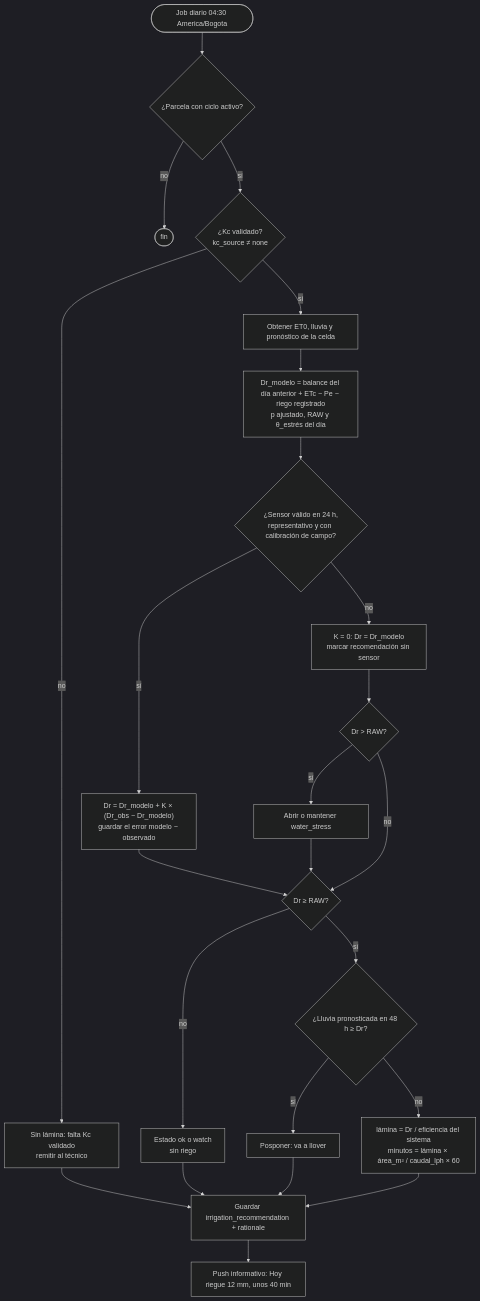
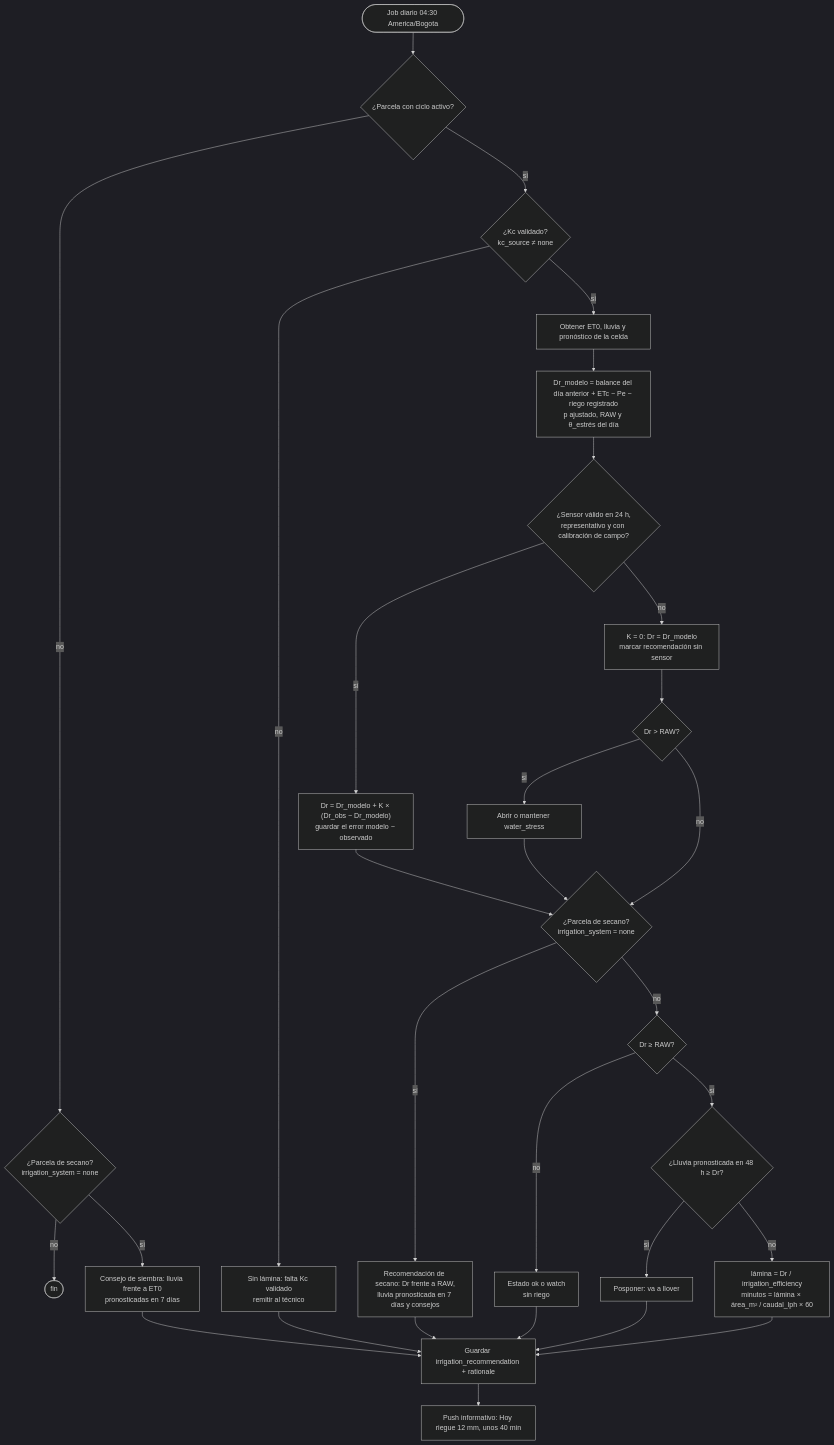
The fifth of 9 diagrams in docs/06-diseno-detallado.md (jab16jy/techcamp-v2), drawn with Mermaid (dark theme) before and after one commit. The commit also changed other lines of this file and 13 other files, not shown here.

````diff
--- a/docs/06-diseno-detallado.md
+++ b/docs/06-diseno-detallado.md
@@ -190,26 +190,32 @@
 ```mermaid
 flowchart TD
   start([Job diario 04:30 America/Bogota]) --> cyc{¿Parcela con ciclo activo?}
-  cyc -- no --> fin([fin])
+  cyc -- no --> pre{¿Parcela de secano?<br/>irrigation_system = none}
+  pre -- no --> fin([fin])
+  pre -- sí --> sow[Consejo de siembra: lluvia frente a ET0<br/>pronosticadas en 7 días]
   cyc -- sí --> kc{¿Kc validado?<br/>kc_source ≠ none}
   kc -- no --> nokc[Sin lámina: falta Kc validado<br/>remitir al técnico]
   kc -- sí --> et[Obtener ET0, lluvia y pronóstico de la celda]
   et --> bal[Dr_modelo = balance del día anterior + ETc − Pe − riego registrado<br/>p ajustado, RAW y θ_estrés del día]
   bal --> obs{¿Sensor válido en 24 h,<br/>representativo y con calibración de campo?}
   obs -- sí --> asm["Dr = Dr_modelo + K × (Dr_obs − Dr_modelo)<br/>guardar el error modelo − observado"]
   obs -- no --> keep[K = 0: Dr = Dr_modelo<br/>marcar recomendación sin sensor]
   keep --> ws{Dr > RAW?}
   ws -- sí --> wsa[Abrir o mantener water_stress]
-  ws -- no --> dec
-  wsa --> dec
-  asm --> dec{Dr ≥ RAW?}
+  ws -- no --> sys
+  wsa --> sys
+  asm --> sys{¿Parcela de secano?<br/>irrigation_system = none}
+  sys -- sí --> rf[Recomendación de secano: Dr frente a RAW,<br/>lluvia pronosticada en 7 días y consejos]
+  sys -- no --> dec{Dr ≥ RAW?}
   dec -- no --> ok[Estado ok o watch<br/>sin riego]
   dec -- sí --> rain{¿Lluvia pronosticada en 48 h ≥ Dr?}
   rain -- sí --> wait[Posponer: va a llover]
-  rain -- no --> rec[lámina = Dr / eficiencia del sistema<br/>minutos = lámina × área_m² / caudal_lph × 60]
+  rain -- no --> rec[lámina = Dr / irrigation_efficiency<br/>minutos = lámina × área_m² / caudal_lph × 60]
   rec --> save[Guardar irrigation_recommendation + rationale]
   ok --> save
   wait --> save
   nokc --> save
+  rf --> save
+  sow --> save
   save --> notif[Push informativo: Hoy riegue 12 mm, unos 40 min]
 ```
````
